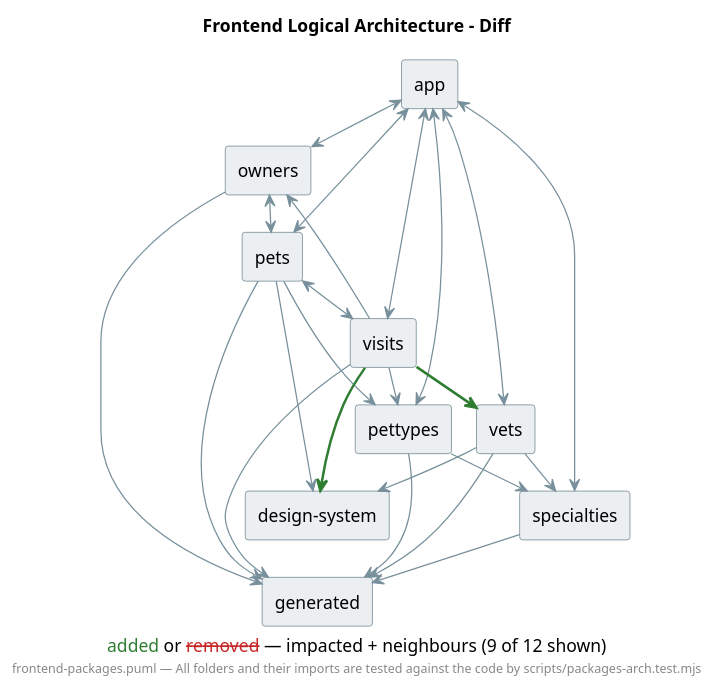
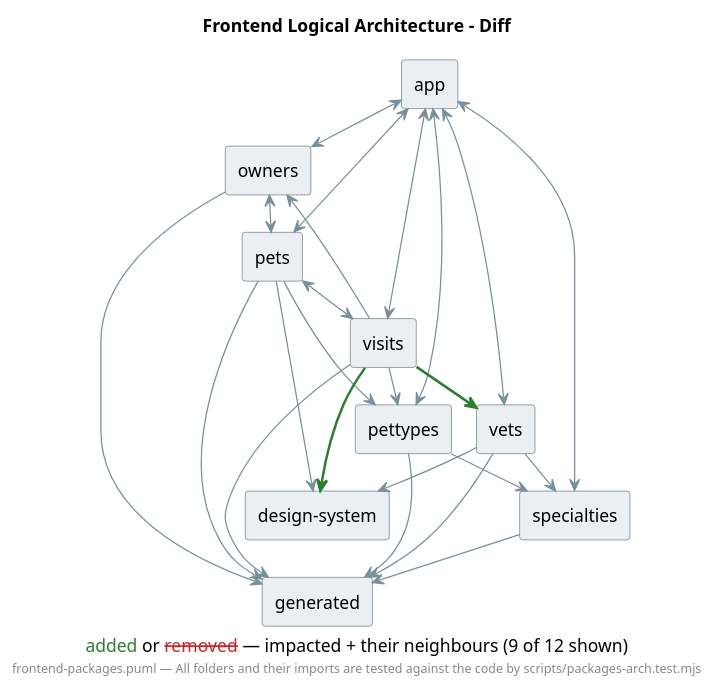
Before and after one commit to victorrentea/human-review: the diagram in demo/demo/assets/diagrams/petclinic-frontend_docs_frontend-packages.diff.focus1.puml, drawn with PlantUML. The commit also changed 45 other files, not shown here.

```diff
--- a/demo/demo/assets/diagrams/petclinic-frontend_docs_frontend-packages.diff.focus1.puml
+++ b/demo/demo/assets/diagrams/petclinic-frontend_docs_frontend-packages.diff.focus1.puml
@@ -1,61 +1,61 @@
 @startuml
-caption <color:#2E7D32>added</color> or <color:#C62828><s>removed</s></color> — impacted + neighbours (9 of 12 shown)
+caption <color:#2E7D32>added</color> or <color:#C62828><s>removed</s></color> — impacted + their neighbours (9 of 12 shown)
 
 title Frontend Logical Architecture - Diff
 footer frontend-packages.puml — All folders and their imports are tested against the code by scripts/packages-arch.test.mjs
 skinparam shadowing false
 ' the review page themes this colour for dark mode (--dgm-link)
 skinparam hyperlinkColor #1A4FA0
 skinparam componentStyle rectangle
 skinparam nodesep 20
 ' the stereotype is the box's folder, relative to petclinic-frontend/, which the test and the
 ' review page read; it is hidden so the folder is not printed under its name.
 ' A file belongs to the box with the deepest folder containing it.
 ' Only production .ts counts (*.spec.ts is skipped, like ArchUnit's DoNotIncludeTests).
 ' testing/ keeps its box: its stubs are non-spec files, imported by specs alone.
 hide stereotype
 skinparam ranksep 30
 <style>
 component {
   BackGroundColor #ECEFF1
   LineColor #546E7A
 }
 arrow {
   LineColor #78909C
 }
 </style>
 [app] <<src/app>>
 [owners] <<src/app/owners>>
 [vets] <<src/app/vets>>
 [pets] <<src/app/pets>>
 [visits] <<src/app/visits>>
 [pettypes] <<src/app/pettypes>>
 [specialties] <<src/app/specialties>>
 [design-system] <<src/app/design-system>>
 [generated] <<src/app/generated>>
 
 [app] <--> [owners]
 [app] <--> [pets]
 [app] <--> [visits]
 [app] <--> [vets]
 [app] <--> [pettypes]
 [app] <--> [specialties]
 [owners] <--> [pets]
 [pets] <--> [visits]
 [visits] --> [owners]
 [pets] --> [pettypes]
 [visits] --> [pettypes]
 [visits] -[#2E7D32,thickness=2]-> [vets]
 [pettypes] --> [specialties]
 [vets] --> [specialties]
 [pets] --> [design-system]
 [vets] --> [design-system]
 [visits] -[#2E7D32,thickness=2]-> [design-system]
 [owners] --> [generated]
 [pets] --> [generated]
 [visits] --> [generated]
 [pettypes] --> [generated]
 [specialties] --> [generated]
 [vets] --> [generated]
 
 @enduml
```
